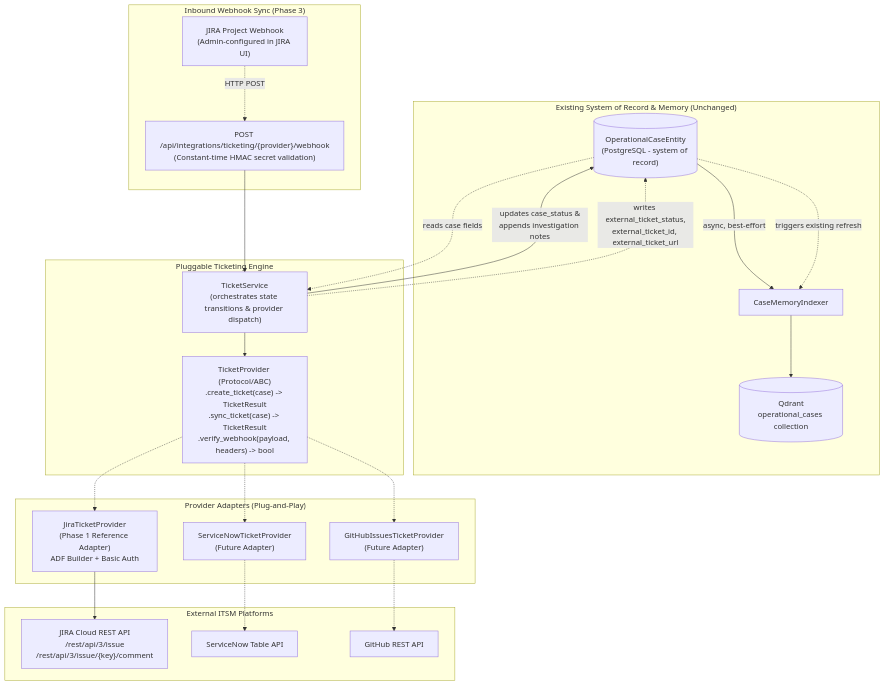
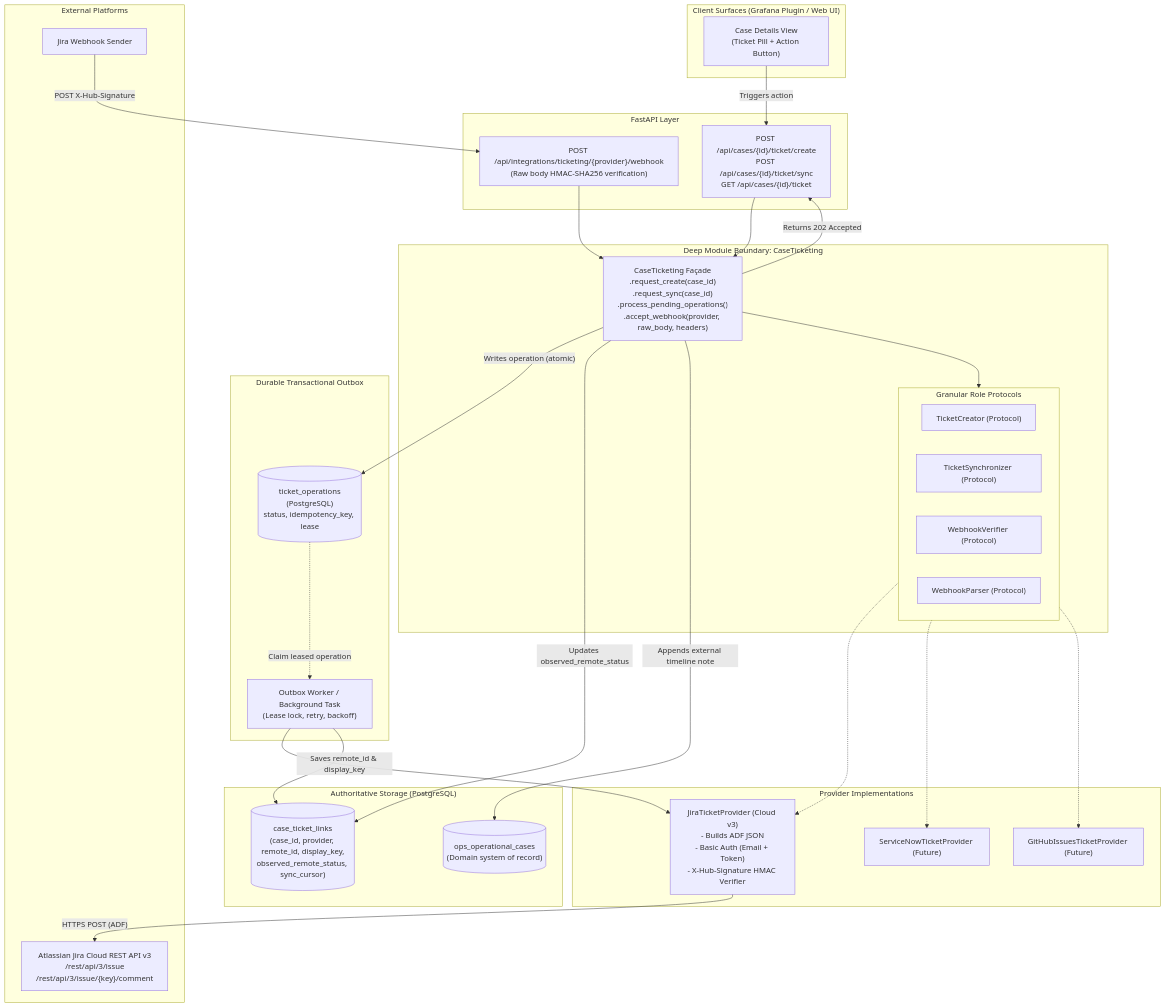
One commit to ramprasadgk9/ops-signals changed the diagram in docs/design/proposals/jira-integration-plan.md. Above: the diagram before and after it, drawn with Mermaid. The commit also changed other lines of this file, not shown here.

Commit message:
docs: harden pluggable ticketing design with transactional outbox and link entity

````diff
--- a/docs/design/proposals/jira-integration-plan.md
+++ b/docs/design/proposals/jira-integration-plan.md
@@ -37,45 +48,63 @@
 ```mermaid
 flowchart TB
-  subgraph Existing["Existing System of Record & Memory (Unchanged)"]
-    Case[("OperationalCaseEntity\n(PostgreSQL - system of record)")]
-    Indexer["CaseMemoryIndexer"]
-    Qdrant[("Qdrant\noperational_cases collection")]
-    Case -- "async, best-effort" --> Indexer --> Qdrant
+  subgraph ClientUI["Client Surfaces (Grafana Plugin / Web UI)"]
+    CaseView["Case Details View\n(Ticket Pill + Action Button)"]
   end
 
-  subgraph ServiceLayer["Pluggable Ticketing Engine"]
-    TicketSvc["TicketService\n(orchestrates state transitions & provider dispatch)"]
-    ProviderInterface["TicketProvider (Protocol/ABC)\n.create_ticket(case) -> TicketResult\n.sync_ticket(case) -> TicketResult\n.verify_webhook(payload, headers) -> bool"]
-    TicketSvc --> ProviderInterface
+  subgraph API["FastAPI Layer"]
+    CaseEndpoints["POST /api/cases/{id}/ticket/create\nPOST /api/cases/{id}/ticket/sync\nGET /api/cases/{id}/ticket"]
+    WebhookEndpoint["POST /api/integrations/ticketing/{provider}/webhook\n(Raw body HMAC-SHA256 verification)"]
   end
 
-  subgraph Adapters["Provider Adapters (Plug-and-Play)"]
-    JiraAdapter["JiraTicketProvider\n(Phase 1 Reference Adapter)\nADF Builder + Basic Auth"]
-    SNowAdapter["ServiceNowTicketProvider\n(Future Adapter)"]
-    GHAdapter["GitHubIssuesTicketProvider\n(Future Adapter)"]
-    ProviderInterface -.-> JiraAdapter
-    ProviderInterface -.-> SNowAdapter
-    ProviderInterface -.-> GHAdapter
+  subgraph CoreModule["Deep Module Boundary: CaseTicketing"]
+    Façade["CaseTicketing Façade\n.request_create(case_id)\n.request_sync(case_id)\n.process_pending_operations()\n.accept_webhook(provider, raw_body, headers)"]
+    
+    subgraph RoleProtocols["Granular Role Protocols"]
+      Creator["TicketCreator (Protocol)"]
+      Syncer["TicketSynchronizer (Protocol)"]
+      Verifier["WebhookVerifier (Protocol)"]
+      Parser["WebhookParser (Protocol)"]
+    end
+    
+    Façade --> RoleProtocols
   end
 
-  subgraph ExternalPlatforms["External ITSM Platforms"]
-    JiraCloud["JIRA Cloud REST API\n/rest/api/3/issue\n/rest/api/3/issue/{key}/comment"]
-    ServiceNow["ServiceNow Table API"]
-    GitHub["GitHub REST API"]
-    JiraAdapter --> JiraCloud
-    SNowAdapter -.-> ServiceNow
-    GHAdapter -.-> GitHub
+  subgraph OutboxEngine["Durable Transactional Outbox"]
+    OutboxTable[("ticket_operations\n(PostgreSQL)\nstatus, idempotency_key, lease")]
+    Worker["Outbox Worker / Background Task\n(Lease lock, retry, backoff)"]
+    OutboxTable -.->|"Claim leased operation"| Worker
   end
 
-  subgraph Inbound["Inbound Webhook Sync (Phase 3)"]
-    WebhookEndpoint["POST /api/integrations/ticketing/{provider}/webhook\n(Constant-time HMAC secret validation)"]
-    JiraAdmin["JIRA Project Webhook\n(Admin-configured in JIRA UI)"]
-    JiraAdmin -.->|"HTTP POST"| WebhookEndpoint
-    WebhookEndpoint --> TicketSvc
-    TicketSvc -->|"updates case_status &\nappends investigation notes"| Case
-    Case -.->|"triggers existing refresh"| Indexer
+  subgraph DataLayer["Authoritative Storage (PostgreSQL)"]
+    CasesTable[("ops_operational_cases\n(Domain system of record)")]
+    LinksTable[("case_ticket_links\n(case_id, provider, remote_id, display_key,\nobserved_remote_status, sync_cursor)")]
   end
 
-  Case -.->|"reads case fields"| TicketSvc
-  TicketSvc -.->|"writes external_ticket_status,\nexternal_ticket_id, external_ticket_url"| Case
+  subgraph Adapters["Provider Implementations"]
+    JiraAdapter["JiraTicketProvider (Cloud v3)\n- Builds ADF JSON\n- Basic Auth (Email + Token)\n- X-Hub-Signature HMAC Verifier"]
+    ServiceNowAdapter["ServiceNowTicketProvider (Future)"]
+    GitHubAdapter["GitHubIssuesTicketProvider (Future)"]
+    
+    RoleProtocols -.-> JiraAdapter
+    RoleProtocols -.-> ServiceNowAdapter
+    RoleProtocols -.-> GitHubAdapter
+  end
+
+  subgraph ExternalSaaS["External Platforms"]
+    JiraAPI["Atlassian Jira Cloud REST API v3\n/rest/api/3/issue\n/rest/api/3/issue/{key}/comment"]
+    JiraWebhooks["Jira Webhook Sender"]
+  end
+
+  CaseView -->|"Triggers action"| CaseEndpoints
+  CaseEndpoints --> Façade
+  Façade -->|"Writes operation (atomic)"| OutboxTable
+  Façade -->|"Returns 202 Accepted"| CaseEndpoints
+  Worker --> JiraAdapter
+  JiraAdapter -->|"HTTPS POST (ADF)"| JiraAPI
+  Worker -->|"Saves remote_id & display_key"| LinksTable
+  
+  JiraWebhooks -->|"POST X-Hub-Signature"| WebhookEndpoint
+  WebhookEndpoint --> Façade
+  Façade -->|"Updates observed_remote_status"| LinksTable
+  Façade -->|"Appends external timeline note"| CasesTable
 ```
````
